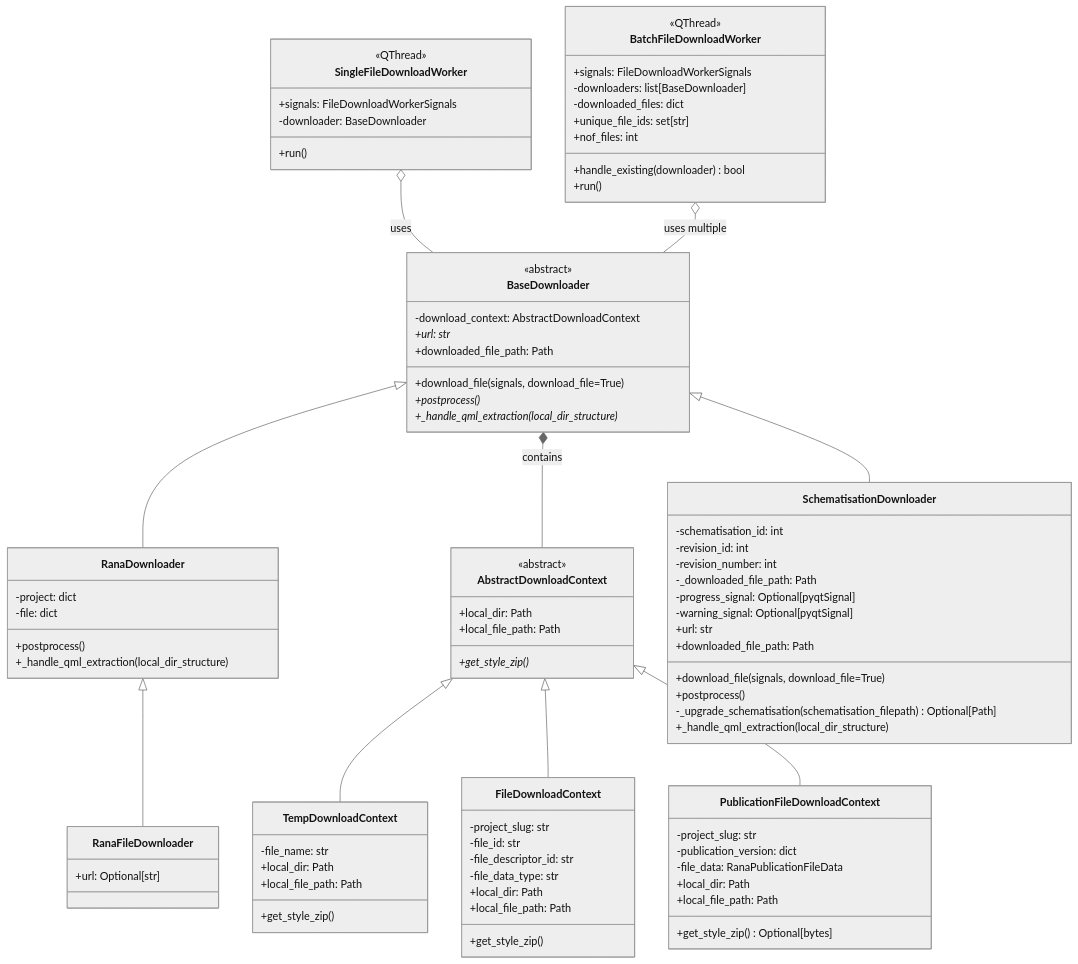
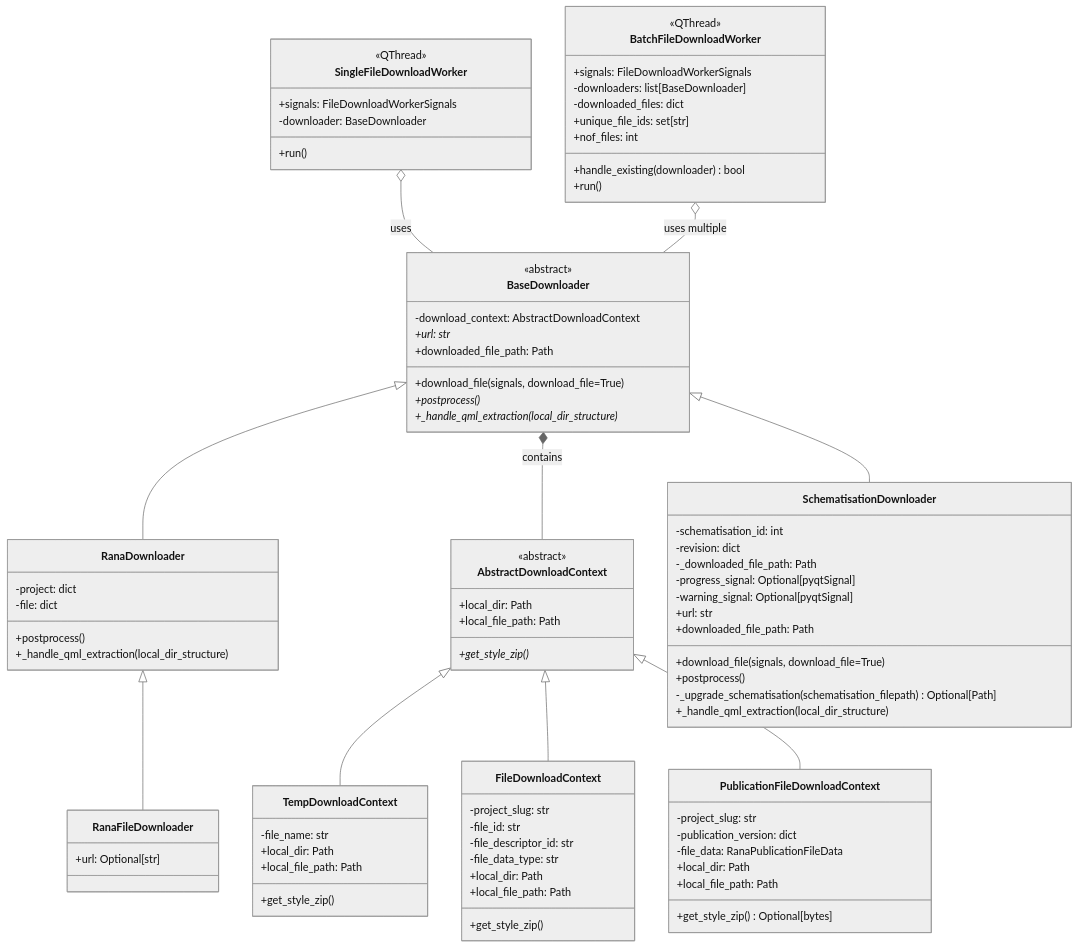
Before and after one commit to nens/rana-qgis-plugin: the diagram in doc/download_workers.md, drawn with Mermaid (neutral theme). The commit also changed 2 other files, not shown here.

Commit message:
Get DEM srid, if needed, from the revision dict instead of using the schema._get_dem_epsg which won't work when the DEM is not downloaded

```diff
--- a/doc/download_workers.md
+++ b/doc/download_workers.md
@@ -69,8 +69,7 @@
 
     class SchematisationDownloader {
         -schematisation_id: int
-        -revision_id: int
-        -revision_number: int
+        -revision: dict
         -_downloaded_file_path: Path
         -progress_signal: Optional[pyqtSignal]
         -warning_signal: Optional[pyqtSignal]
```
